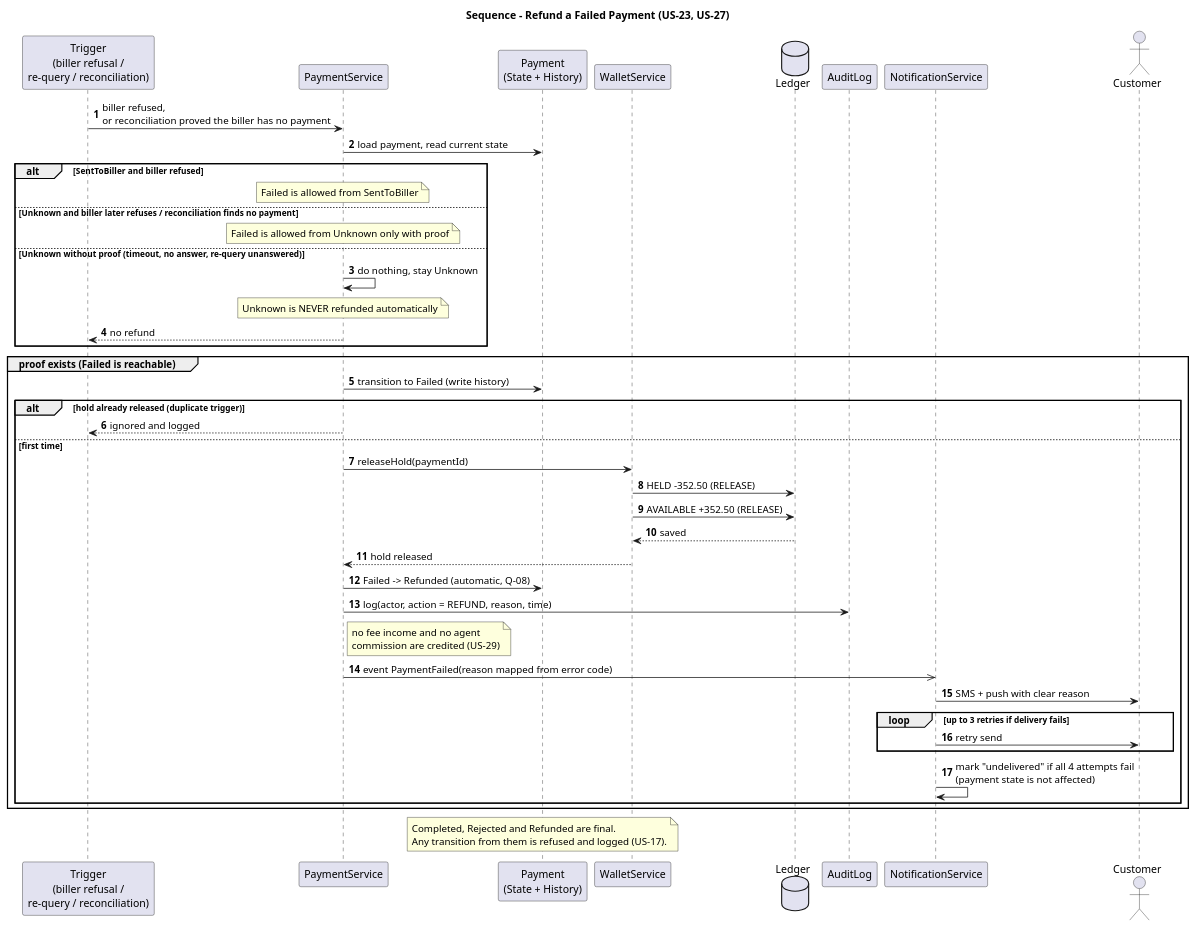
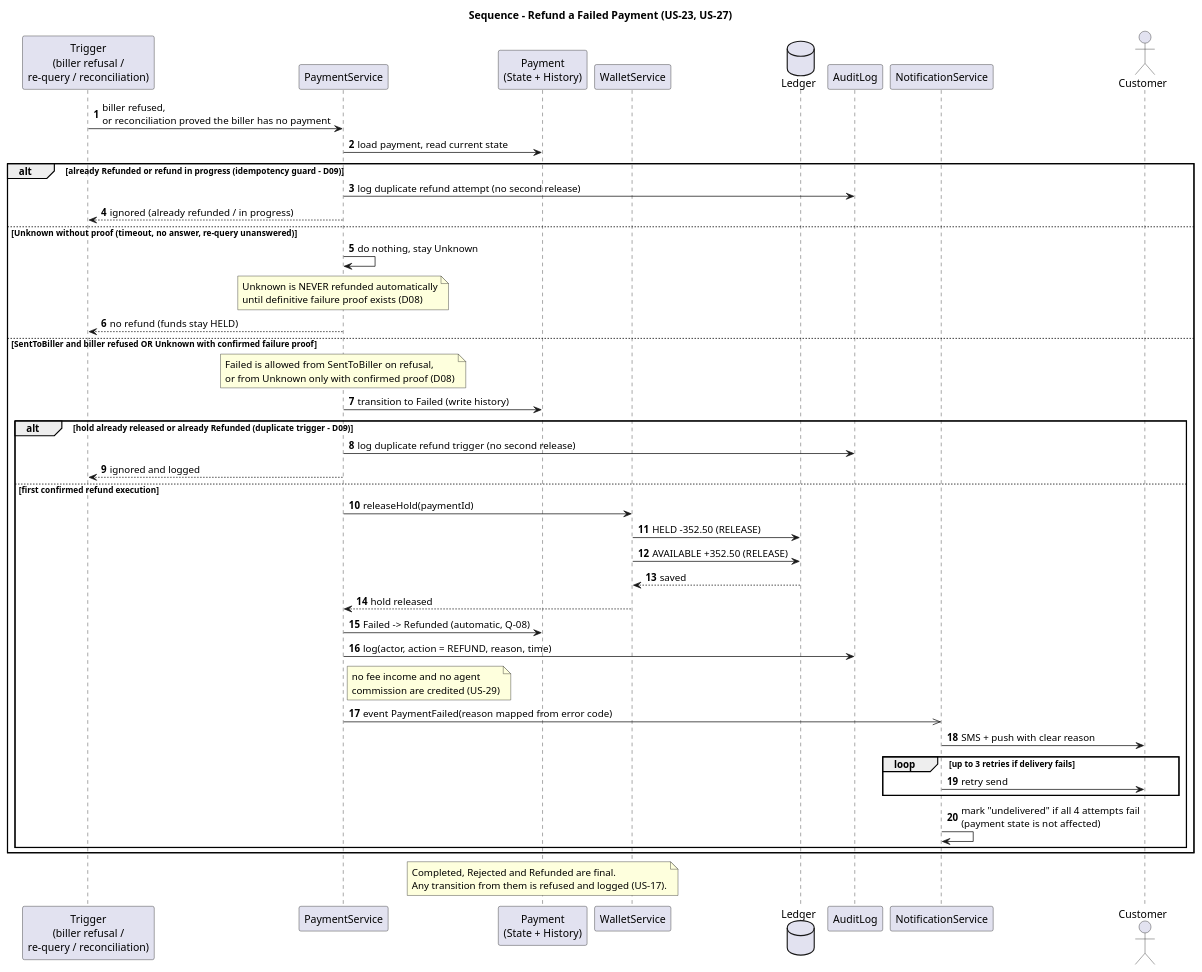
Before and after one commit to Islam-3mad/SW-assign1: the diagram in docs/design/04-seq-refund-failed.puml, drawn with PlantUML.

Commit message:
Fix D08 refund proof and D09 idempotency in 04-seq-refund-failed.puml

```diff
--- a/docs/design/04-seq-refund-failed.puml
+++ b/docs/design/04-seq-refund-failed.puml
@@ -1,51 +1,50 @@
 @startuml 04-seq-refund-failed
 title Sequence - Refund a Failed Payment (US-23, US-27)
 autonumber
 skinparam shadowing false
 
 participant "Trigger\n(biller refusal /\nre-query / reconciliation)" as T
 participant "PaymentService" as PS
 participant "Payment\n(State + History)" as P
 participant "WalletService" as W
 database "Ledger" as L
 participant "AuditLog" as AU
 participant "NotificationService" as N
 actor Customer as C
 
 T -> PS : biller refused,\nor reconciliation proved the biller has no payment
 PS -> P : load payment, read current state
 
-alt SentToBiller and biller refused
-  note over PS : Failed is allowed from SentToBiller
-else Unknown and biller later refuses / reconciliation finds no payment
-  note over PS : Failed is allowed from Unknown only with proof
+alt already Refunded or refund in progress (idempotency guard - D09)
+  PS -> AU : log duplicate refund attempt (no second release)
+  PS --> T : ignored (already refunded / in progress)
 else Unknown without proof (timeout, no answer, re-query unanswered)
   PS -> PS : do nothing, stay Unknown
-  note over PS : Unknown is NEVER refunded automatically
-  PS --> T : no refund
-end
-
-group proof exists (Failed is reachable)
+  note over PS : Unknown is NEVER refunded automatically\nuntil definitive failure proof exists (D08)
+  PS --> T : no refund (funds stay HELD)
+else SentToBiller and biller refused OR Unknown with confirmed failure proof
+  note over PS : Failed is allowed from SentToBiller on refusal,\nor from Unknown only with confirmed proof (D08)
   PS -> P : transition to Failed (write history)
-  alt hold already released (duplicate trigger)
+  alt hold already released or already Refunded (duplicate trigger - D09)
+    PS -> AU : log duplicate refund trigger (no second release)
     PS --> T : ignored and logged
-  else first time
+  else first confirmed refund execution
     PS -> W : releaseHold(paymentId)
     W -> L : HELD -352.50 (RELEASE)
     W -> L : AVAILABLE +352.50 (RELEASE)
     L --> W : saved
     W --> PS : hold released
     PS -> P : Failed -> Refunded (automatic, Q-08)
     PS -> AU : log(actor, action = REFUND, reason, time)
     note right of PS : no fee income and no agent\ncommission are credited (US-29)
     PS ->> N : event PaymentFailed(reason mapped from error code)
     N -> C : SMS + push with clear reason
     loop up to 3 retries if delivery fails
       N -> C : retry send
     end
     N -> N : mark "undelivered" if all 4 attempts fail\n(payment state is not affected)
   end
 end
 
 note over P : Completed, Rejected and Refunded are final.\nAny transition from them is refused and logged (US-17).
 @enduml
```
